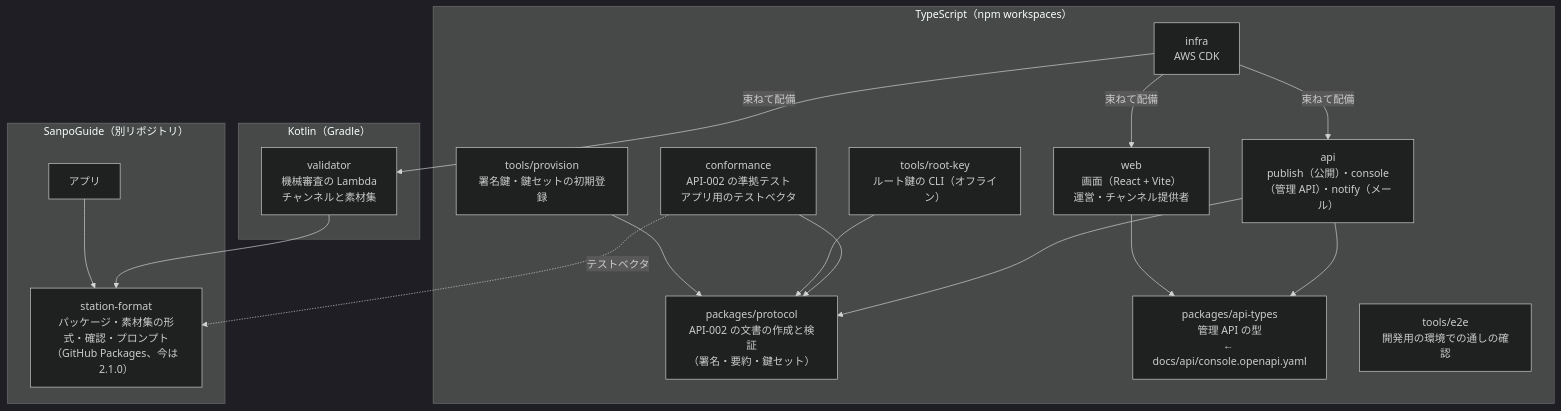
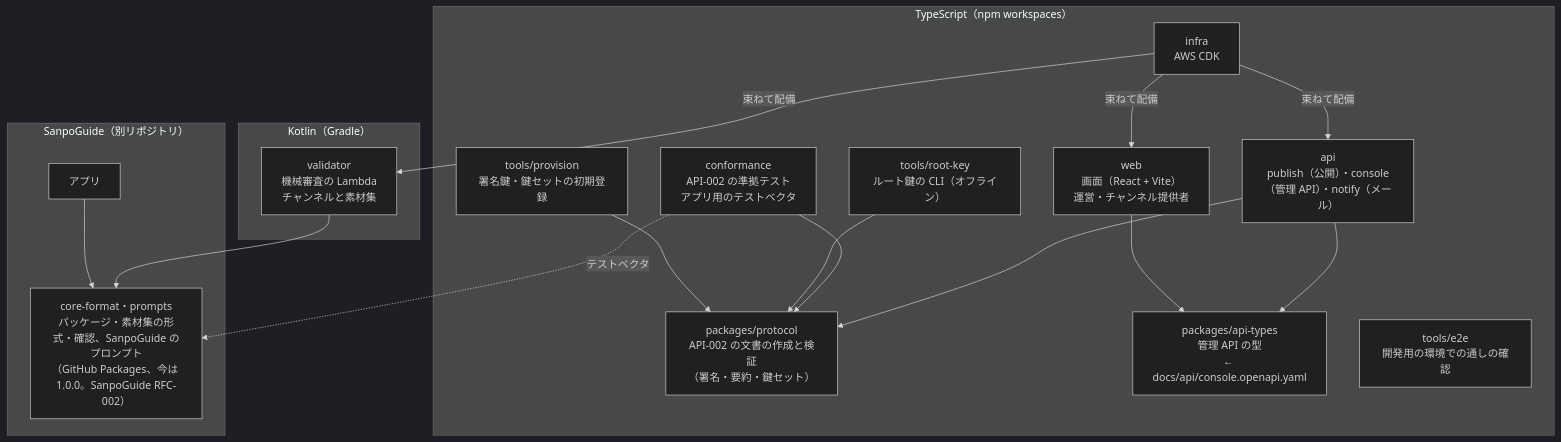
One commit to duwenji/michizure-console changed the second of 7 diagrams in docs/architecture.md. Above: the diagram before and after it, drawn with Mermaid (dark theme). The commit also changed other lines of this file and 10 other files, not shown here.

First line of the commit message:
refactor(validator): station-format から core-format とプロンプト・パックに切り替える

````diff
--- a/docs/architecture.md
+++ b/docs/architecture.md
@@ -74,34 +74,34 @@
 ```mermaid
 flowchart TB
   subgraph TS["TypeScript（npm workspaces）"]
     protocol["packages/protocol<br/>API-002 の文書の作成と検証<br/>（署名・要約・鍵セット）"]
     types["packages/api-types<br/>管理 API の型<br/>← docs/api/console.openapi.yaml"]
     api["api<br/>publish（公開）・console（管理 API）・notify（メール）"]
     web["web<br/>画面（React + Vite）<br/>運営・チャンネル提供者"]
     infra["infra<br/>AWS CDK"]
     conf["conformance<br/>API-002 の準拠テスト<br/>アプリ用のテストベクタ"]
     rootkey["tools/root-key<br/>ルート鍵の CLI（オフライン）"]
     prov["tools/provision<br/>署名鍵・鍵セットの初期登録"]
     e2e["tools/e2e<br/>開発用の環境での通しの確認"]
   end
   subgraph KT["Kotlin（Gradle）"]
     validator["validator<br/>機械審査の Lambda<br/>チャンネルと素材集"]
   end
   subgraph SG["SanpoGuide（別リポジトリ）"]
-    sf["station-format<br/>パッケージ・素材集の形式・確認・プロンプト<br/>（GitHub Packages、今は 2.1.0）"]
+    sf["core-format・prompts<br/>パッケージ・素材集の形式・確認、SanpoGuide のプロンプト<br/>（GitHub Packages、今は 1.0.0。SanpoGuide RFC-002）"]
     app["アプリ"]
   end
 
   api --> protocol
   api --> types
   web --> types
   conf --> protocol
   rootkey --> protocol
   prov --> protocol
   infra -->|束ねて配備| api
   infra -->|束ねて配備| web
   infra -->|束ねて配備| validator
   validator --> sf
   app --> sf
   conf -. テストベクタ .-> sf
 ```
````
